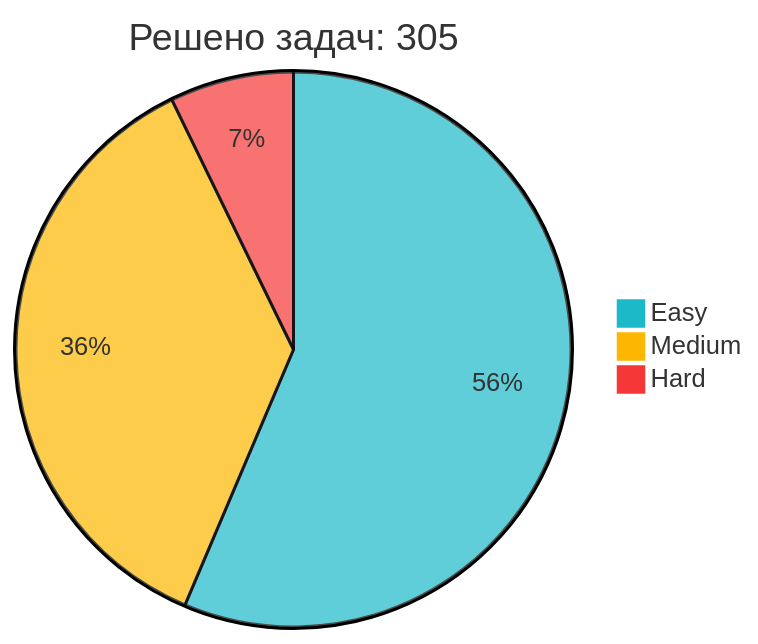
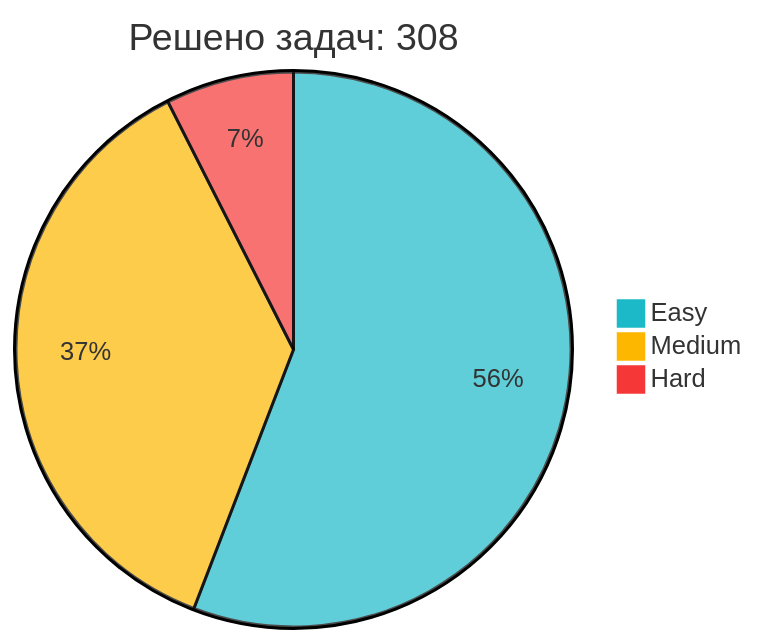
The diagram in README.md (IliaKurdukov/IliaKurdukov), drawn with Mermaid before and after one commit. The commit also changed other lines of this file, not shown here.

Commit message:
📈 Обновление статистики LeetCode

````diff
--- a/README.md
+++ b/README.md
@@ -51,7 +51,7 @@
 ```mermaid
 %%{init: {'theme': 'base', 'themeVariables': { 'pie1': '#1CBAC8', 'pie2': '#FEB700', 'pie3': '#F63737' }, 'config': {'width': 300, 'height': 200}}}%%
-pie title Решено задач: 305
+pie title Решено задач: 308
    "Easy" : 172
-   "Medium" : 111
-   "Hard" : 22
+   "Medium" : 113
+   "Hard" : 23
 ```
````
